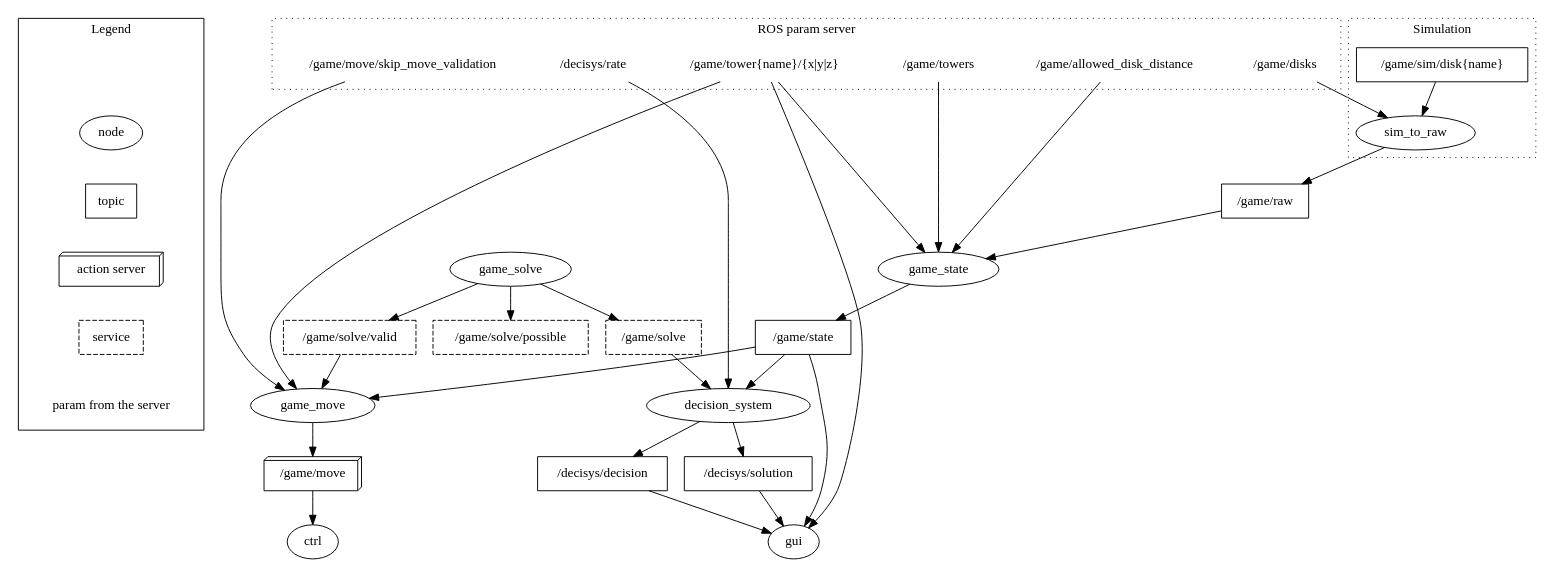
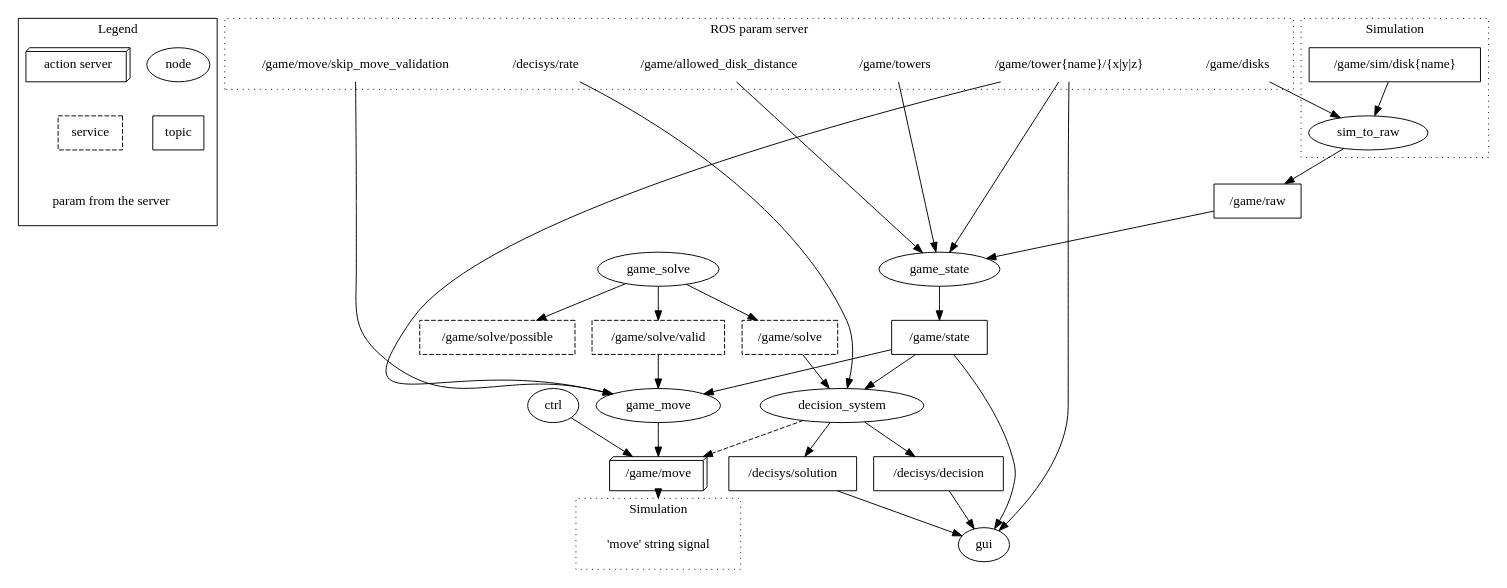
One commit to PictElm/Hanoying-Robot changed the diagram in doc/hanoying.gv. Above: the diagram before and after it, drawn with Graphviz. The commit also changed 7 other files, not shown here.

```diff
--- a/doc/hanoying.gv
+++ b/doc/hanoying.gv
@@ -1,81 +1,95 @@
 ## === Legend
 #  circles: nodes
 #  solid boxes: topics
 #  box3d: action server
 #  dashed boxes: services
 #  plaintext: param from the server
 
 digraph G {
+  compound=true;
+
   node [shape=ellipse];          "node";                  sim_to_raw;game_state;game_solve;game_move;decision_system;ctrl;gui;
   node [shape=box];              "topic";                 "/game/sim/disk{name}";"/game/raw";"/game/state";"/decisys/decision";"/decisys/solution";
   node [shape=box3d];            "action server";        "/game/move";
   node [shape=box style=dashed]; "service";               "/game/solve";"/game/solve/valid";"/game/solve/possible";
-  node [shape=plaintext];        "param from the server"; "/decisys/rate";"/game/move/skip_move_validation";"/game/allowed_disk_distance";"/game/towers";"/game/disks";"/game/tower{name}/{x|y|z}";
+  node [shape=plaintext];        "param from the server"; "/decisys/rate";"/game/move/skip_move_validation";"/game/allowed_disk_distance";"/game/towers";"/game/disks";"/game/tower{name}/{x|y|z}";"'move' string signal";
+
+## ---
 
   subgraph cluster_param {
     label="ROS param server";
     graph[style=dotted];
 
     "/decisys/rate";
     "/game/move/skip_move_validation";
     "/game/allowed_disk_distance";
     "/game/towers";
     "/game/disks";
     "/game/tower{name}/{x|y|z}";
   };
 
   subgraph cluster_sim {
     label="Simulation";
     graph[style=dotted];
 
     sim_to_raw;
     "/game/sim/disk{name}";
   };
 
   subgraph cluster_legend {
     label="Legend";
 
-    "" -> "node" -> "topic" -> "action server" -> "service" -> "param from the server" [style=invis];
+    "node" -> "topic" [style=invis];
+    "action server" -> "service" -> "param from the server" [style=invis];
+  };
+
+  subgraph cluster_sim_ {
+    label="Simulation ";
+    graph[style=dotted];
+
+    "'move' string signal";
   };
 
 ## ---
 
   sim_to_raw -> "/game/raw";
 
   game_state -> "/game/state";
 
   game_solve -> "/game/solve";
   game_solve -> "/game/solve/valid";
   game_solve -> "/game/solve/possible";
 
   game_move -> "/game/move";
+  "/game/move" -> "'move' string signal" [lhead=cluster_sim_];
 
   decision_system -> "/decisys/decision";
   decision_system -> "/decisys/solution";
+  decision_system -> "/game/move" [style=dashed];
 
 ## ---
 
   "/game/disks" -> sim_to_raw;
   "/game/sim/disk{name}" -> sim_to_raw;
 
   "/game/allowed_disk_distance" -> game_state;
   "/game/towers" -> game_state;
   "/game/tower{name}/{x|y|z}" -> game_state;
   "/game/raw" -> game_state;
 
   "/game/move/skip_move_validation" -> game_move;
   "/game/tower{name}/{x|y|z}" -> game_move;
   "/game/state" -> game_move;
   "/game/solve/valid" -> game_move;
 
   "/decisys/rate" -> decision_system;
   "/game/state" -> decision_system;
   "/game/solve" -> decision_system;
 
-  "/game/move" -> ctrl;
+  ctrl -> "/game/move";
 
   "/game/tower{name}/{x|y|z}" -> gui;
   "/game/state" -> gui;
   "/decisys/decision" -> gui;
   "/decisys/solution" -> gui;
 }
```
